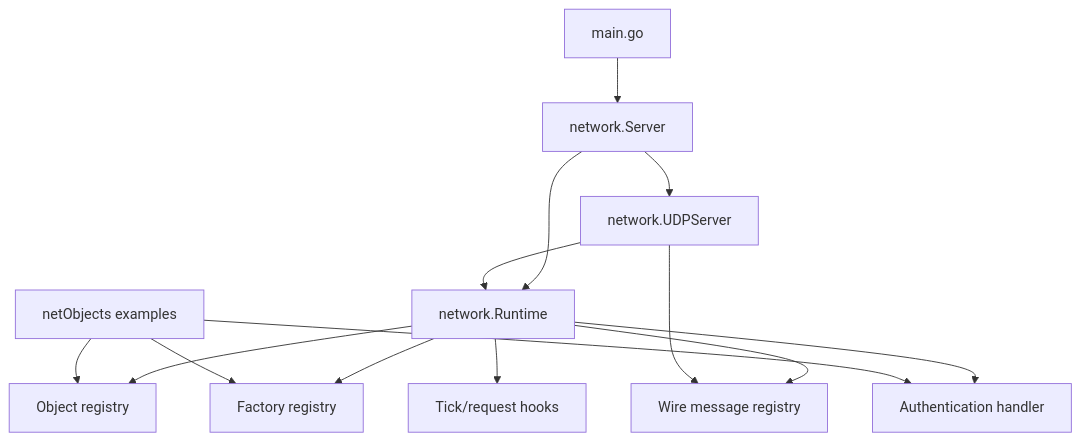
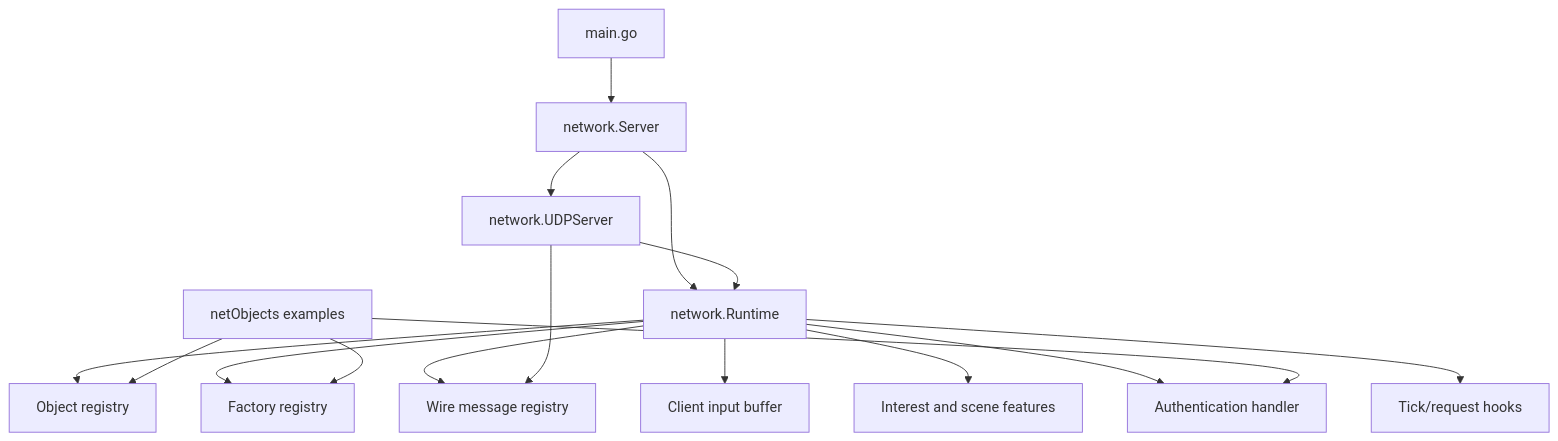
Before and after one commit to MihaelBLKN/Enserva: the first of 3 diagrams in documentation/docs/architecture.md, drawn with Mermaid. The commit also changed other lines of this file and 6 other files, not shown here.

````diff
--- a/documentation/docs/architecture.md
+++ b/documentation/docs/architecture.md
@@ -31,16 +31,18 @@
 ```mermaid
 flowchart TD
     Main["main.go"] --> Server["network.Server"]
     Server --> Runtime["network.Runtime"]
     Server --> UDP["network.UDPServer"]
     UDP --> Runtime
     Runtime --> Registry["Object registry"]
     Runtime --> Factories["Factory registry"]
     Runtime --> WireRegistry["Wire message registry"]
+    Runtime --> Inputs["Client input buffer"]
+    Runtime --> Features["Interest and scene features"]
     Runtime --> Auth["Authentication handler"]
     Runtime --> Hooks["Tick/request hooks"]
     UDP --> WireRegistry
     NetObjects["netObjects examples"] --> Registry
     NetObjects --> Factories
     NetObjects --> Auth
 ```
````
